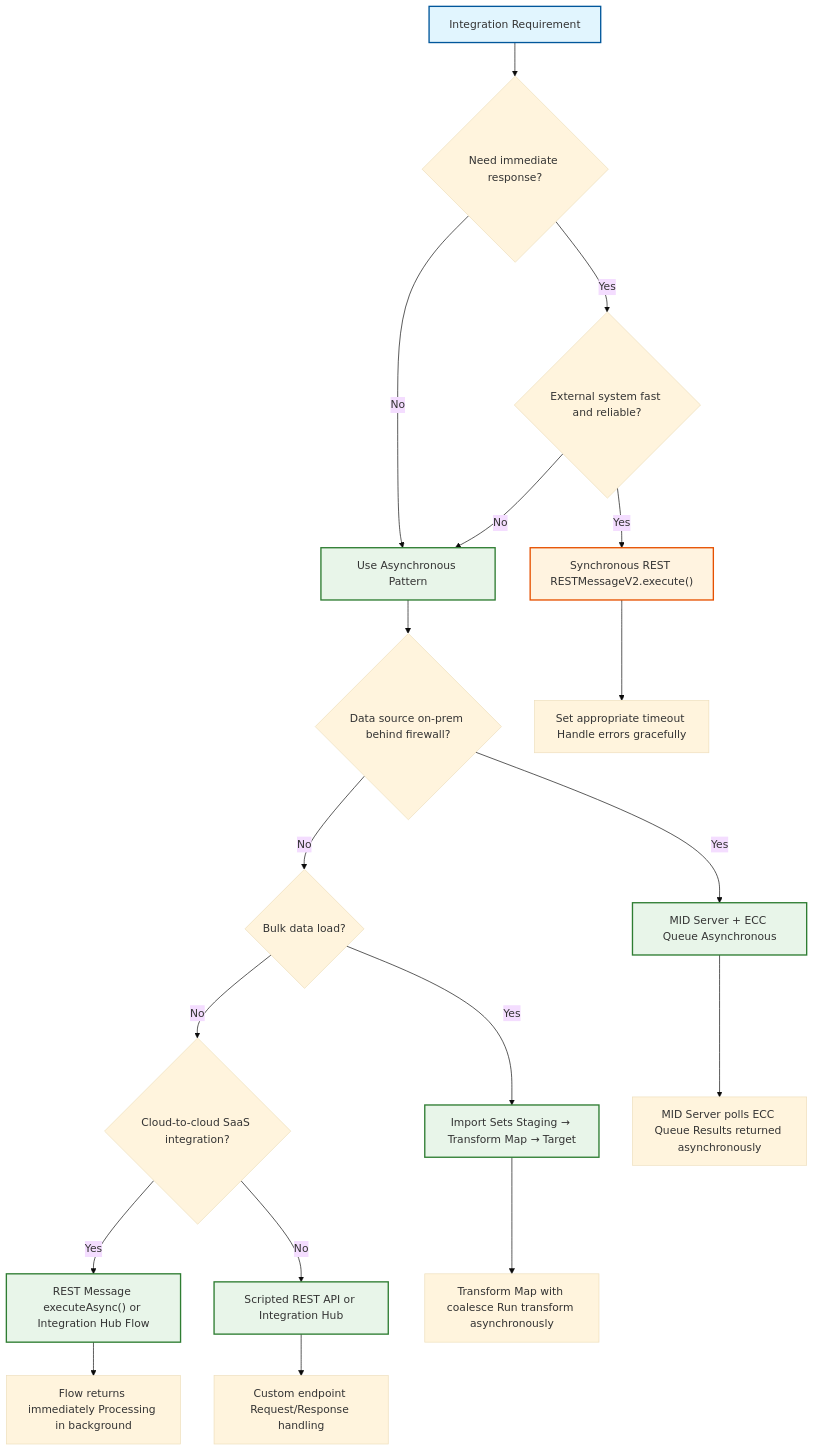
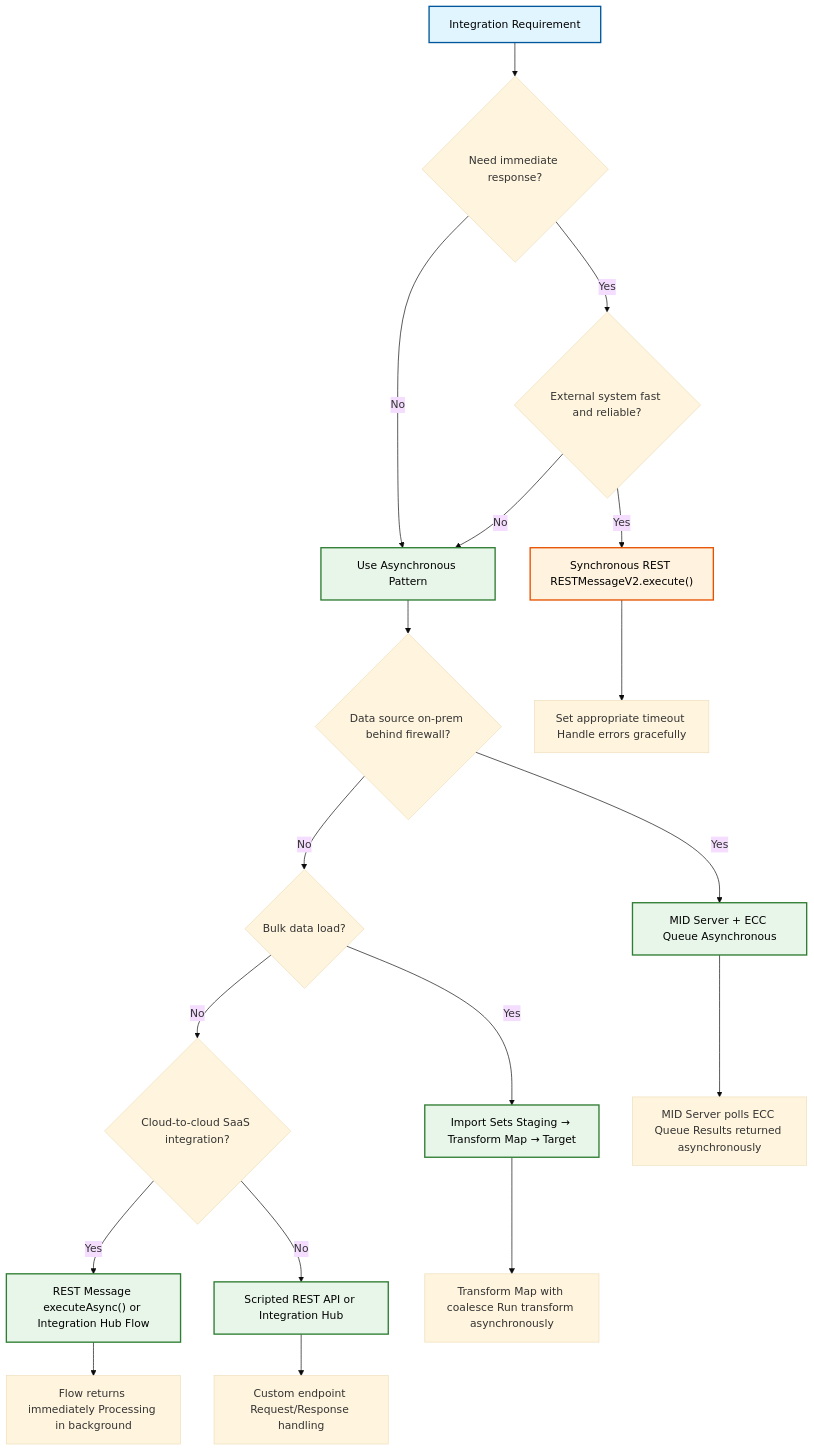
One commit to eltonaguiar/ServiceNow_Learning_TSOM-_CSM_FSM_SalesCRM_HAM_ITSM changed the diagram in docs/cross-cutting.md. Above: the diagram before and after it, drawn with Mermaid (base theme).

Commit message:
Fix mermaid node text color: add color:#000 to all styles
Node text was white/light gray on light fills (e.g., #e1f5fe, #fff3e0),
making it unreadable on the site's dark theme. Added explicit
color:#000 to all seven style definitions so labels render in black.

````diff
--- a/docs/cross-cutting.md
+++ b/docs/cross-cutting.md
@@ -101,35 +101,35 @@
 ```mermaid
 flowchart TD
     A[Integration Requirement] --> B{Need immediate response?}
     
     B -->|Yes| C{External system fast and reliable?}
     B -->|No| D[Use Asynchronous Pattern]
     
     C -->|Yes| E["Synchronous REST RESTMessageV2.execute()"]
     C -->|No| D
     
     D --> F{Data source on-prem behind firewall?}
     
     F -->|Yes| G[MID Server + ECC Queue Asynchronous]
     F -->|No| H{Bulk data load?}
     
     H -->|Yes| I[Import Sets Staging → Transform Map → Target]
     H -->|No| J{Cloud-to-cloud SaaS integration?}
     
     J -->|Yes| K["REST Message executeAsync() or Integration Hub Flow"]
     J -->|No| L[Scripted REST API or Integration Hub]
     
     E --> M[Set appropriate timeout Handle errors gracefully]
     G --> N[MID Server polls ECC Queue Results returned asynchronously]
     I --> O[Transform Map with coalesce Run transform asynchronously]
     K --> P[Flow returns immediately Processing in background]
     L --> Q[Custom endpoint Request/Response handling]
     
-    style A fill:#e1f5fe,stroke:#01579b,stroke-width:2px
-    style E fill:#fff3e0,stroke:#e65100,stroke-width:2px
-    style D fill:#e8f5e9,stroke:#2e7d32,stroke-width:2px
-    style G fill:#e8f5e9,stroke:#2e7d32,stroke-width:2px
-    style I fill:#e8f5e9,stroke:#2e7d32,stroke-width:2px
-    style K fill:#e8f5e9,stroke:#2e7d32,stroke-width:2px
-    style L fill:#e8f5e9,stroke:#2e7d32,stroke-width:2px
+    style A fill:#e1f5fe,stroke:#01579b,stroke-width:2px,color:#000
+    style E fill:#fff3e0,stroke:#e65100,stroke-width:2px,color:#000
+    style D fill:#e8f5e9,stroke:#2e7d32,stroke-width:2px,color:#000
+    style G fill:#e8f5e9,stroke:#2e7d32,stroke-width:2px,color:#000
+    style I fill:#e8f5e9,stroke:#2e7d32,stroke-width:2px,color:#000
+    style K fill:#e8f5e9,stroke:#2e7d32,stroke-width:2px,color:#000
+    style L fill:#e8f5e9,stroke:#2e7d32,stroke-width:2px,color:#000
 ```
````
